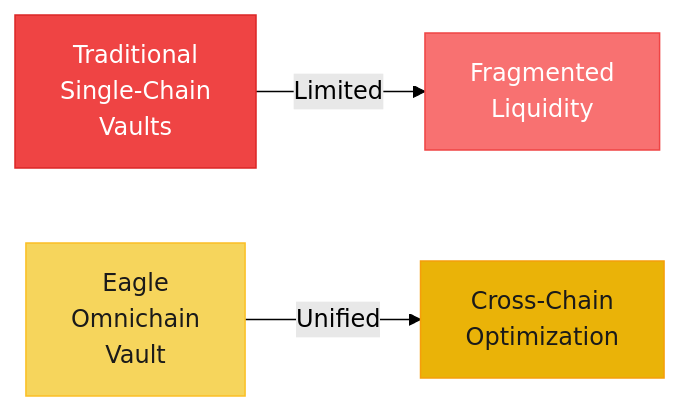
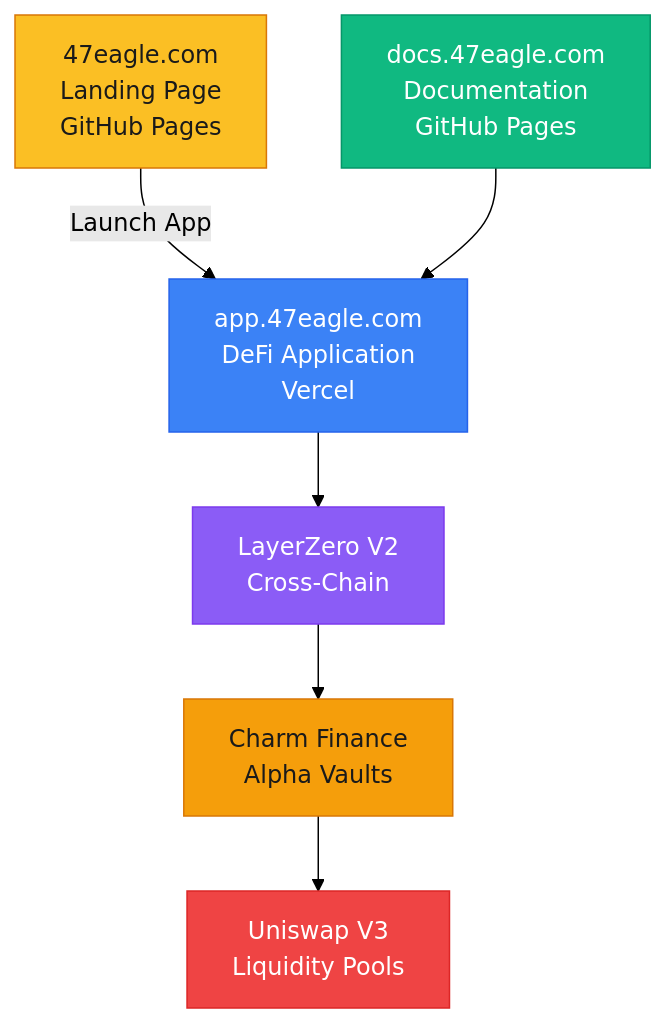
Before and after one commit to 47-Eagle/docs: the first of 5 diagrams in docs/dev/overview.md, drawn with Mermaid (forest theme). The commit also changed other lines of this file and 1 other file, not shown here.

First line of the commit message:
docs: Update documentation to reflect actual deployments

````diff
--- a/docs/dev/overview.md
+++ b/docs/dev/overview.md
@@ -18,10 +18,16 @@
 ```mermaid
-graph LR
-    A[Traditional<br/>Single-Chain<br/>Vaults] -->|Limited| B[Fragmented<br/>Liquidity]
-    C[Eagle<br/>Omnichain<br/>Vault] -->|Unified| D[Cross-Chain<br/>Optimization]
-    
-    style A fill:#ef4444,stroke:#dc2626,color:#fff
-    style B fill:#f87171,stroke:#ef4444,color:#fff
-    style C fill:#f6d55c,stroke:#fbbf24,color:#1a1a1a
-    style D fill:#eab308,stroke:#f59e0b,color:#1a1a1a
+graph TB
+    A[47eagle.com<br/>Landing Page<br/>GitHub Pages] -->|Launch App| B[app.47eagle.com<br/>DeFi Application<br/>Vercel]
+    C[docs.47eagle.com<br/>Documentation<br/>GitHub Pages] --> B
+
+    B --> D[LayerZero V2<br/>Cross-Chain]
+    D --> E[Charm Finance<br/>Alpha Vaults]
+    E --> F[Uniswap V3<br/>Liquidity Pools]
+
+    style A fill:#fbbf24,stroke:#d97706,color:#1a1a1a
+    style B fill:#3b82f6,stroke:#2563eb,color:#fff
+    style C fill:#10b981,stroke:#059669,color:#fff
+    style D fill:#8b5cf6,stroke:#7c3aed,color:#fff
+    style E fill:#f59e0b,stroke:#d97706,color:#1a1a1a
+    style F fill:#ef4444,stroke:#dc2626,color:#fff
 ```
````
